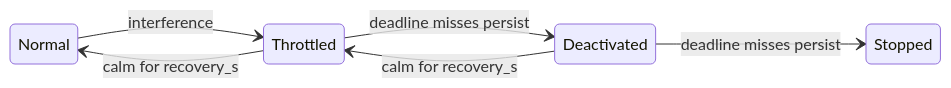
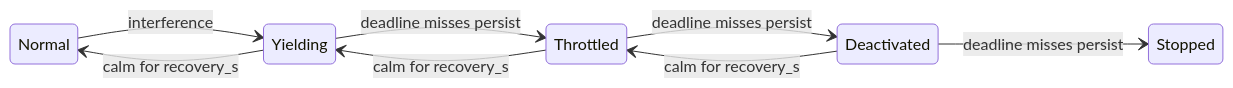
The sixth of 6 diagrams in docs/architecture.md (naosyke/vehicle-resource-manager), drawn with Mermaid before and after one commit. The commit also changed other lines of this file and 16 other files, not shown here.

````diff
--- a/docs/architecture.md
+++ b/docs/architecture.md
@@ -301,9 +317,11 @@
 ```mermaid
 stateDiagram-v2
     direction LR
-    Normal --> Throttled: interference
+    Normal --> Yielding: interference
+    Yielding --> Throttled: deadline misses persist
     Throttled --> Deactivated: deadline misses persist
     Deactivated --> Stopped: deadline misses persist
-    Throttled --> Normal: calm for recovery_s
+    Yielding --> Normal: calm for recovery_s
+    Throttled --> Yielding: calm for recovery_s
     Deactivated --> Throttled: calm for recovery_s
 ```
````
